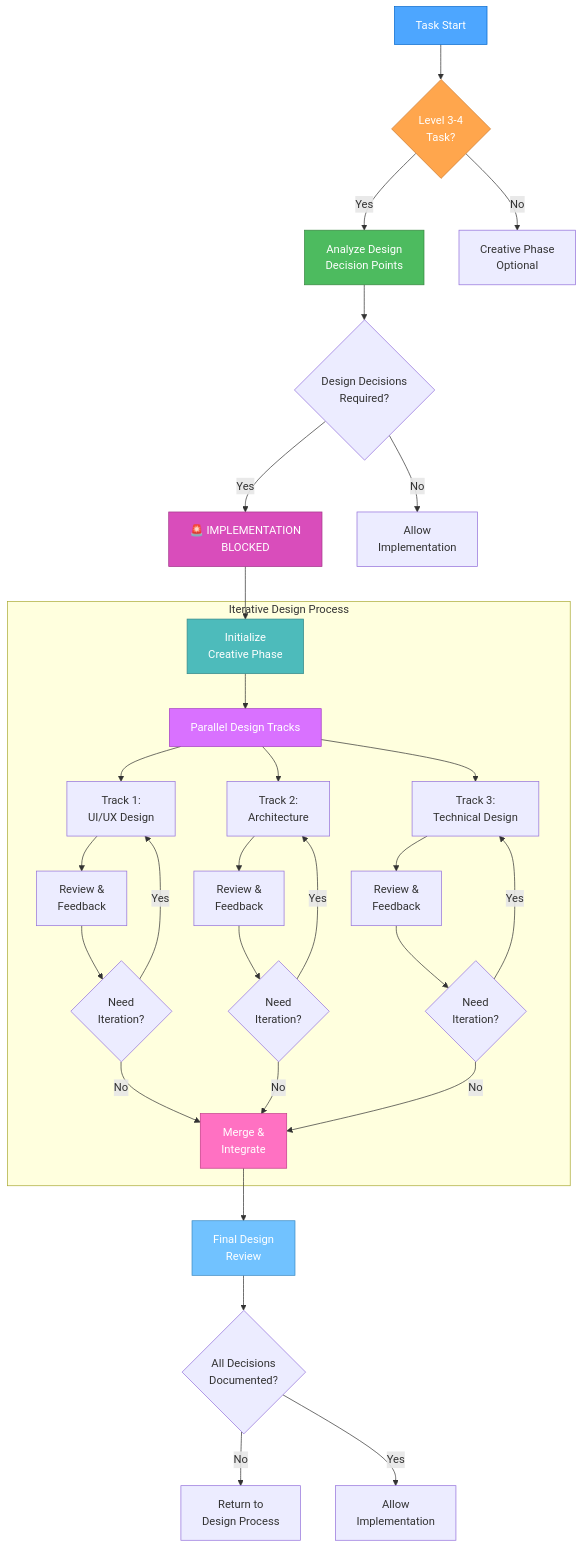
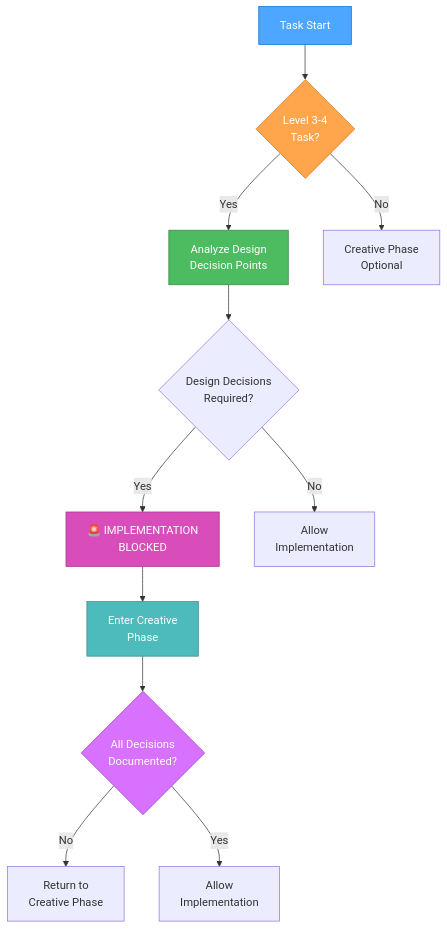
The first of 4 diagrams in .cursor/rules/isolation_rules/Core/creative-phase-enforcement.mdc (7Spade/cursor-memory-bank), drawn with Mermaid before and after one commit. The commit also changed other lines of this file and 4 other files, not shown here.

Commit message:
feat: Revise creative phase enforcement and metrics documentation; streamline task tracking processes, enhance verification protocols, and update task entry templates to improve clarity and efficiency in project management.

````diff
--- a/.cursor/rules/isolation_rules/Core/creative-phase-enforcement.mdc
+++ b/.cursor/rules/isolation_rules/Core/creative-phase-enforcement.mdc
@@ -13,50 +13,22 @@
 ```mermaid
 graph TD
     Start["Task Start"] --> Check{"Level 3-4<br>Task?"}
     Check -->|Yes| Analyze["Analyze Design<br>Decision Points"]
     Check -->|No| Optional["Creative Phase<br>Optional"]
     
     Analyze --> Decision{"Design Decisions<br>Required?"}
     Decision -->|Yes| Gate["🚨 IMPLEMENTATION<br>BLOCKED"]
     Decision -->|No| Allow["Allow<br>Implementation"]
     
-    Gate --> InitPhase["Initialize<br>Creative Phase"]
-    
-    subgraph "Iterative Design Process"
-        InitPhase --> ParallelTracks["Parallel Design Tracks"]
-        
-        ParallelTracks --> Track1["Track 1:<br>UI/UX Design"]
-        ParallelTracks --> Track2["Track 2:<br>Architecture"]
-        ParallelTracks --> Track3["Track 3:<br>Technical Design"]
-        
-        Track1 --> Review1["Review &<br>Feedback"]
-        Track2 --> Review2["Review &<br>Feedback"]
-        Track3 --> Review3["Review &<br>Feedback"]
-        
-        Review1 --> Iterate1{"Need<br>Iteration?"}
-        Review2 --> Iterate2{"Need<br>Iteration?"}
-        Review3 --> Iterate3{"Need<br>Iteration?"}
-        
-        Iterate1 -->|Yes| Track1
-        Iterate2 -->|Yes| Track2
-        Iterate3 -->|Yes| Track3
-        
-        Iterate1 -->|No| Merge["Merge &<br>Integrate"]
-        Iterate2 -->|No| Merge
-        Iterate3 -->|No| Merge
-    end
-    
-    Merge --> FinalReview["Final Design<br>Review"]
-    FinalReview --> Verify{"All Decisions<br>Documented?"}
-    Verify -->|No| Return["Return to<br>Design Process"]
+    Gate --> Creative["Enter Creative<br>Phase"]
+    Creative --> Verify{"All Decisions<br>Documented?"}
+    Verify -->|No| Return["Return to<br>Creative Phase"]
     Verify -->|Yes| Proceed["Allow<br>Implementation"]
     
     style Start fill:#4da6ff,stroke:#0066cc,color:white
     style Check fill:#ffa64d,stroke:#cc7a30,color:white
     style Analyze fill:#4dbb5f,stroke:#36873f,color:white
     style Gate fill:#d94dbb,stroke:#a3378a,color:white
-    style InitPhase fill:#4dbbbb,stroke:#368787,color:white
-    style ParallelTracks fill:#d971ff,stroke:#a33bc2,color:white
-    style Merge fill:#ff71c2,stroke:#c23b8a,color:white
-    style FinalReview fill:#71c2ff,stroke:#3b8ac2,color:white
+    style Creative fill:#4dbbbb,stroke:#368787,color:white
+    style Verify fill:#d971ff,stroke:#a33bc2,color:white
 ```
````
